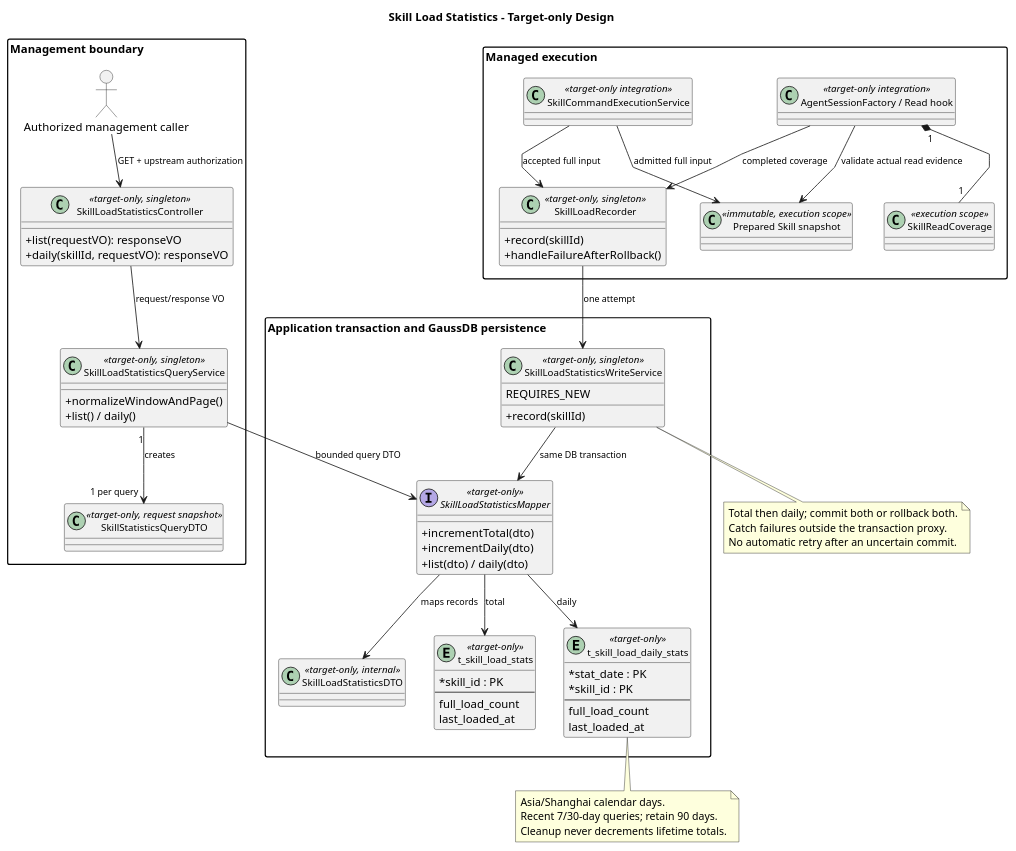
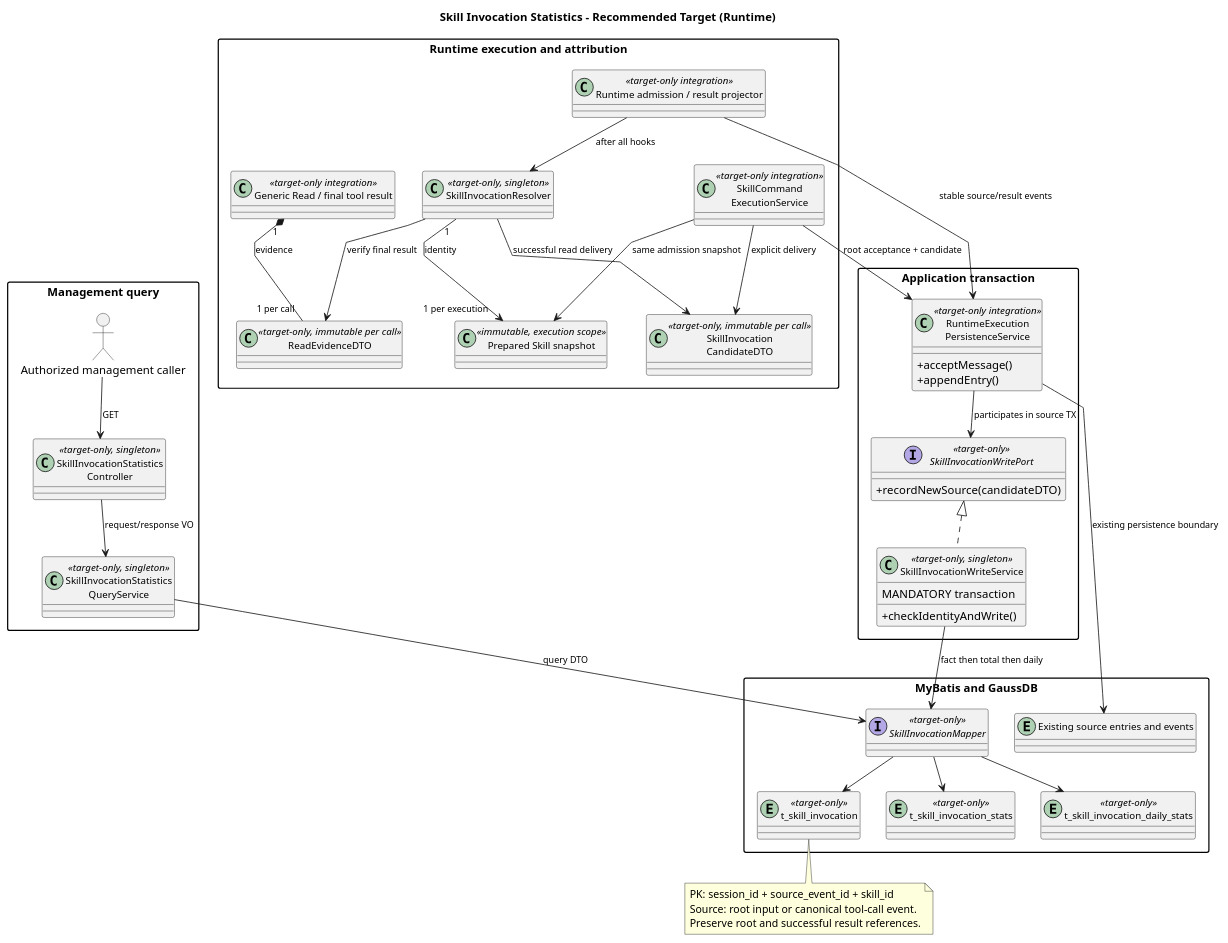
Before and after one commit to ssm0808/pi-mono-java-design: the first of 2 diagrams in 04-命令与技能/03-Skill加载统计/diagram.puml, drawn with PlantUML. The commit also changed other lines of this file and 27 other files, not shown here.

Commit message:
docs(skill): 梳理 Codex 计数并设计调用事实统计

```diff
--- a/04-命令与技能/03-Skill加载统计/diagram.puml
+++ b/04-命令与技能/03-Skill加载统计/diagram.puml
@@ -1,101 +1,81 @@
 @startuml skill_load_statistics_classes
 allowmixing
-' Source evidence: pi-mono-java 3dfd990a982f610a97c7ecb45e07bde73f45ecb3
-' modules/coding-agent-cli/src/main/java/com/campusclaw/codingagent/session/AgentSessionFactory.java: recordSkillLoad
-' modules/coding-agent-cli/src/main/java/com/campusclaw/codingagent/runtimeapi/service/command/skill/SkillCommandExecutionService.java: execute
-' modules/coding-agent-cli/src/main/resources/mapper/session/SkillLoadMapper.xml: insert/query
-' pi 5cd93f688aaab89dbb6dfa4aca535f21796ae185 packages/coding-agent/src/core/agent-session.ts: _expandSkillCommand
-' Observed behavior: host attributes Read coverage and explicit command admission to Skill loads.
-' Design reason: aggregate once in one transaction; keep query and collection responsibilities separate.
-' Java divergence: all new classes, methods, tables and relationships below are target-only.
-title Skill Load Statistics - Target-only Design
+' Source evidence: codex d58d0e5841e0de08e251673db2d5af8cf3a1ad51 codex-rs/core/src/skills.rs emit_explicit_skill_invocations
+' Source evidence: pi 5cd93f688aaab89dbb6dfa4aca535f21796ae185 packages/agent/src/types.ts AgentEvent
+' Source evidence: Java f61906b9136246ca60f333704b6fc92b5420d0ec modules/coding-agent-cli/src/main/java/com/campusclaw/codingagent/runtimeapi/persistence/RuntimeExecutionPersistenceService.java acceptMessage/appendEntry
+' Source evidence: modules/coding-agent-cli/src/main/java/com/campusclaw/codingagent/runtimeapi/event/RuntimeEventProjector.java persistToolResults
+' Observed behavior: Runtime owns root input and tool result persistence; Codex has separate metrics and analytics.
+' Design reason: stable source identity and one transaction align committed delivery with statistics.
+' Java divergence: all new types and integration relationships are target-only; scope is Runtime.
+title Skill Invocation Statistics - Recommended Target (Runtime)
 top to bottom direction
 skinparam shadowing false
+skinparam backgroundColor #FFFFFF
 skinparam linetype polyline
-skinparam nodesep 35
-skinparam ranksep 50
+skinparam nodesep 32
+skinparam ranksep 42
 skinparam classAttributeIconSize 0
 skinparam packageStyle rectangle
-skinparam packageTitleAlignment left
 skinparam defaultFontName SansSerif
 skinparam ArrowFontSize 11
 skinparam classFontSize 12
 
-package "Management boundary" {
+package "Management query" {
   actor "Authorized management caller" as Caller
-  class "SkillLoadStatisticsController" as Controller <<target-only, singleton>> {
-    +list(requestVO): responseVO
-    +daily(skillId, requestVO): responseVO
+  class "SkillInvocationStatistics\nController" as Controller <<target-only, singleton>>
+  class "SkillInvocationStatistics\nQueryService" as Query <<target-only, singleton>>
+}
+package "Runtime execution and attribution" {
+  class "SkillCommand\nExecutionService" as Command <<target-only integration>>
+  class "Generic Read / final tool result" as Read <<target-only integration>>
+  class "ReadEvidenceDTO" as Evidence <<target-only, immutable per call>>
+  class "Prepared Skill snapshot" as Snapshot <<immutable, execution scope>>
+  class "SkillInvocationResolver" as Resolver <<target-only, singleton>>
+  class "SkillInvocation\nCandidateDTO" as Candidate <<target-only, immutable per call>>
+  class "Runtime admission / result projector" as Projector <<target-only integration>>
+}
+package "Application transaction" {
+  class "RuntimeExecution\nPersistenceService" as Owner <<target-only integration>> {
+    +acceptMessage()
+    +appendEntry()
   }
-  class "SkillLoadStatisticsQueryService" as Query <<target-only, singleton>> {
-    +normalizeWindowAndPage()
-    +list() / daily()
+  interface "SkillInvocationWritePort" as Port <<target-only>> {
+    +recordNewSource(candidateDTO)
   }
-  class "SkillStatisticsQueryDTO" as QueryDTO <<target-only, request snapshot>>
-}
-
-package "Managed execution" {
-  class "AgentSessionFactory / Read hook" as Host <<target-only integration>>
-  class "SkillCommandExecutionService" as Command <<target-only integration>>
-  class "SkillReadCoverage" as Coverage <<execution scope>>
-  class "Prepared Skill snapshot" as Snapshot <<immutable, execution scope>>
-  class "SkillLoadRecorder" as Recorder <<target-only, singleton>> {
-    +record(skillId)
-    +handleFailureAfterRollback()
+  class "SkillInvocationWriteService" as Writer <<target-only, singleton>> {
+    MANDATORY transaction
+    +checkIdentityAndWrite()
   }
 }
-
-package "Application transaction and GaussDB persistence" {
-  class "SkillLoadStatisticsWriteService" as Writer <<target-only, singleton>> {
-    +record(skillId)
-    REQUIRES_NEW
-  }
-  interface "SkillLoadStatisticsMapper" as Mapper <<target-only>> {
-    +incrementTotal(dto)
-    +incrementDaily(dto)
-    +list(dto) / daily(dto)
-  }
-  class "SkillLoadStatisticsDTO" as DTO <<target-only, internal>>
-  together {
-    entity "t_skill_load_stats" as Total <<target-only>> {
-      * skill_id : PK
-      --
-      full_load_count
-      last_loaded_at
-    }
-    entity "t_skill_load_daily_stats" as Daily <<target-only>> {
-      * stat_date : PK
-      * skill_id : PK
-      --
-      full_load_count
-      last_loaded_at
-    }
-  }
+package "MyBatis and GaussDB" {
+  interface "SkillInvocationMapper" as Mapper <<target-only>>
+  entity "Existing source entries and events" as Events
+  entity "t_skill_invocation" as Fact <<target-only>>
+  entity "t_skill_invocation_stats" as Total <<target-only>>
+  entity "t_skill_invocation_daily_stats" as Daily <<target-only>>
 }
-
-Caller --> Controller : GET + upstream authorization
+Caller --> Controller : GET
 Controller --> Query : request/response VO
-Query "1" --> "1 per query" QueryDTO : creates
-Query --> Mapper : bounded query DTO
-Host "1" *-- "1" Coverage
-Host --> Snapshot : validate actual read evidence
-Command --> Snapshot : admitted full input
-Host --> Recorder : completed coverage
-Command --> Recorder : accepted full input
-Recorder --> Writer : one attempt
-Writer --> Mapper : same DB transaction
-Mapper --> DTO : maps records
-Mapper --> Total : total
-Mapper --> Daily : daily
-
-note bottom of Writer
-  Total then daily; commit both or rollback both.
-  Catch failures outside the transaction proxy.
-  No automatic retry after an uncertain commit.
-end note
-note bottom of Daily
-  Asia/Shanghai calendar days.
-  Recent 7/30-day queries; retain 90 days.
-  Cleanup never decrements lifetime totals.
+Query --> Mapper : query DTO
+Command --> Snapshot : same admission snapshot
+Command --> Candidate : explicit delivery
+Read "1" *-- "1 per call" Evidence : evidence
+Resolver --> Evidence : verify final result
+Resolver "1" --> "1 per execution" Snapshot : identity
+Resolver --> Candidate : successful read delivery
+Projector --> Resolver : after all hooks
+Projector --> Owner : stable source/result events
+Command --> Owner : root acceptance + candidate
+Owner --> Port : participates in source TX
+Port <|.. Writer
+Writer --> Mapper : fact then total then daily
+Mapper --> Fact
+Mapper --> Total
+Mapper --> Daily
+Owner --> Events : existing persistence boundary
+note bottom of Fact
+  PK: session_id + source_event_id + skill_id
+  Source: root input or canonical tool-call event.
+  Preserve root and successful result references.
 end note
 @enduml
```
